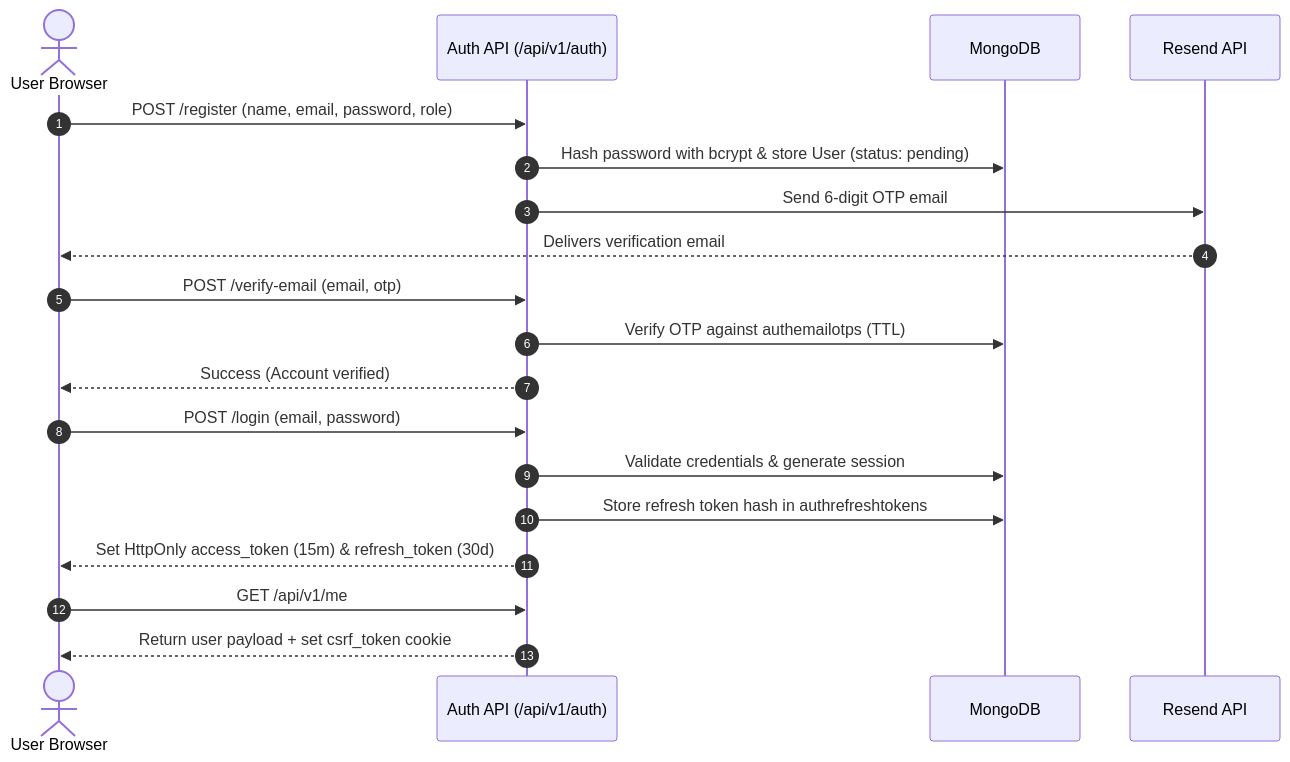
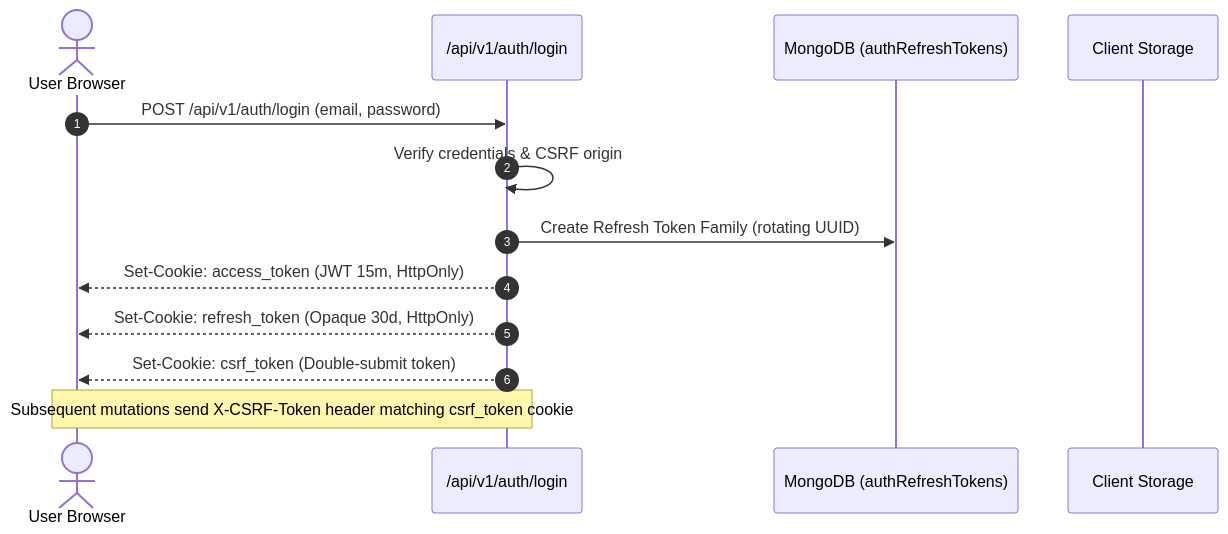
Before and after one commit to ayuush224/Alumini-Mentorship-and-Career-Network: the third of 6 diagrams in README.md, drawn with Mermaid. The commit also changed other lines of this file and 67 other files, not shown here.

Commit message:
refactor project folder architecture and publish comprehensive documentation

````diff
--- a/README.md
+++ b/README.md
@@ -786,22 +248,16 @@
 ```mermaid
 sequenceDiagram
     autonumber
     actor User as User Browser
-    participant API as Auth API (/api/v1/auth)
-    participant DB as MongoDB
-    participant Resend as Resend API
+    participant API as /api/v1/auth/login
+    participant DB as MongoDB (authRefreshTokens)
+    participant Client as Client Storage
 
-    User->>API: POST /register (name, email, password, role)
-    API->>DB: Hash password with bcrypt & store User (status: pending)
-    API->>Resend: Send 6-digit OTP email
-    Resend-->>User: Delivers verification email
-    User->>API: POST /verify-email (email, otp)
-    API->>DB: Verify OTP against authemailotps (TTL)
-    API-->>User: Success (Account verified)
-    User->>API: POST /login (email, password)
-    API->>DB: Validate credentials & generate session
-    API->>DB: Store refresh token hash in authrefreshtokens
-    API-->>User: Set HttpOnly access_token (15m) & refresh_token (30d)
-    User->>API: GET /api/v1/me
-    API-->>User: Return user payload + set csrf_token cookie
+    User->>API: POST /api/v1/auth/login (email, password)
+    API->>API: Verify credentials & CSRF origin
+    API->>DB: Create Refresh Token Family (rotating UUID)
+    API-->>User: Set-Cookie: access_token (JWT 15m, HttpOnly)
+    API-->>User: Set-Cookie: refresh_token (Opaque 30d, HttpOnly)
+    API-->>User: Set-Cookie: csrf_token (Double-submit token)
+    Note over User,API: Subsequent mutations send X-CSRF-Token header matching csrf_token cookie
 ```
````
